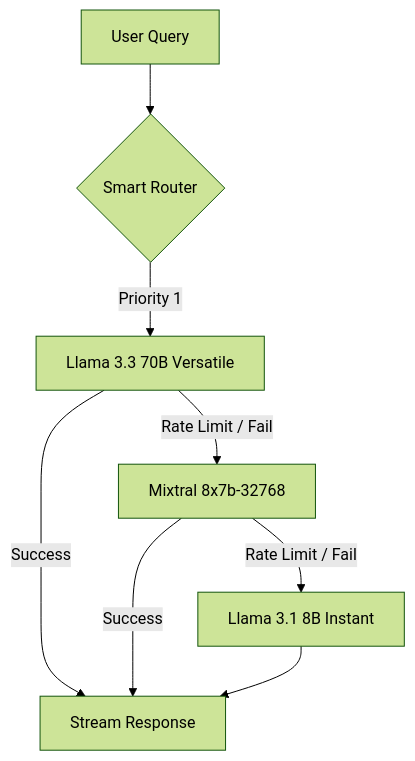
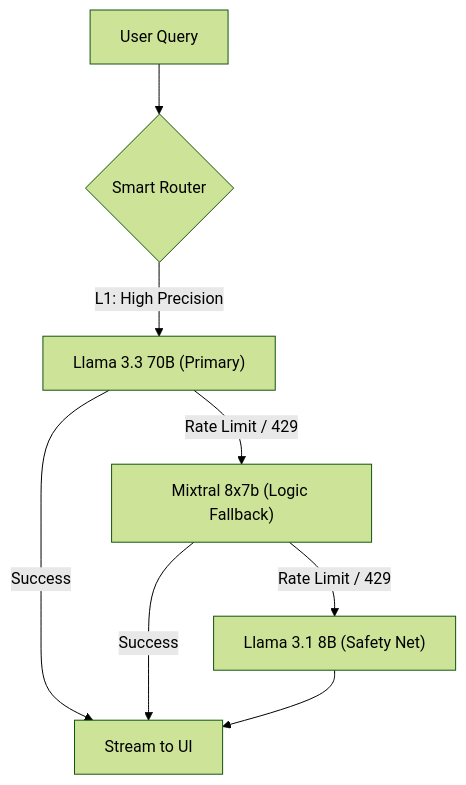
One commit to osongfive/dis-info-hub changed the first of 2 diagrams in README.md. Above: the diagram before and after it, drawn with Mermaid (forest theme). The commit also changed other lines of this file, not shown here.

````diff
--- a/README.md
+++ b/README.md
@@ -32,10 +51,10 @@
 ```mermaid
 graph TD
     A[User Query] --> B{Smart Router}
-    B -->|Priority 1| C[Llama 3.3 70B Versatile]
-    C -->|Success| D[Stream Response]
-    C -->|Rate Limit / Fail| E[Mixtral 8x7b-32768]
+    B -->|L1: High Precision| C["Llama 3.3 70B (Primary)"]
+    C -->|Success| D[Stream to UI]
+    C -->|Rate Limit / 429| E["Mixtral 8x7b (Logic Fallback)"]
     E -->|Success| D
-    E -->|Rate Limit / Fail| F[Llama 3.1 8B Instant]
+    E -->|Rate Limit / 429| F["Llama 3.1 8B (Safety Net)"]
     F --> D
 ```
````
